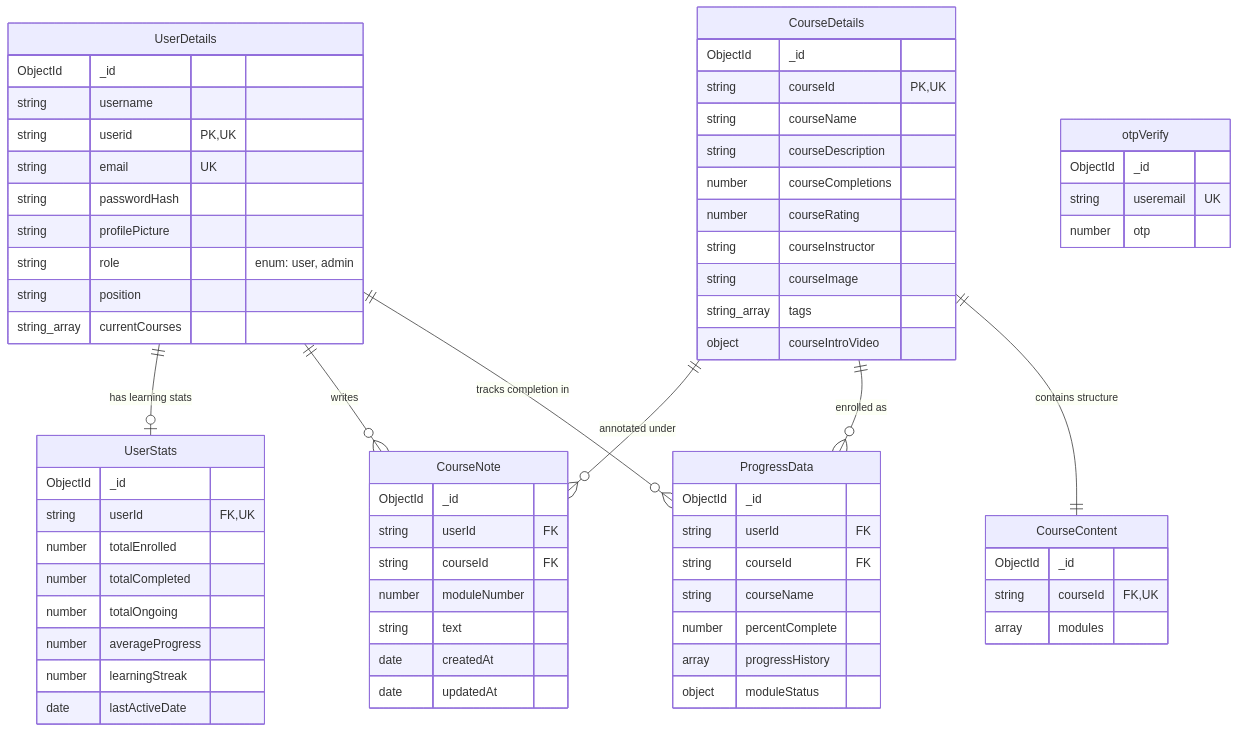
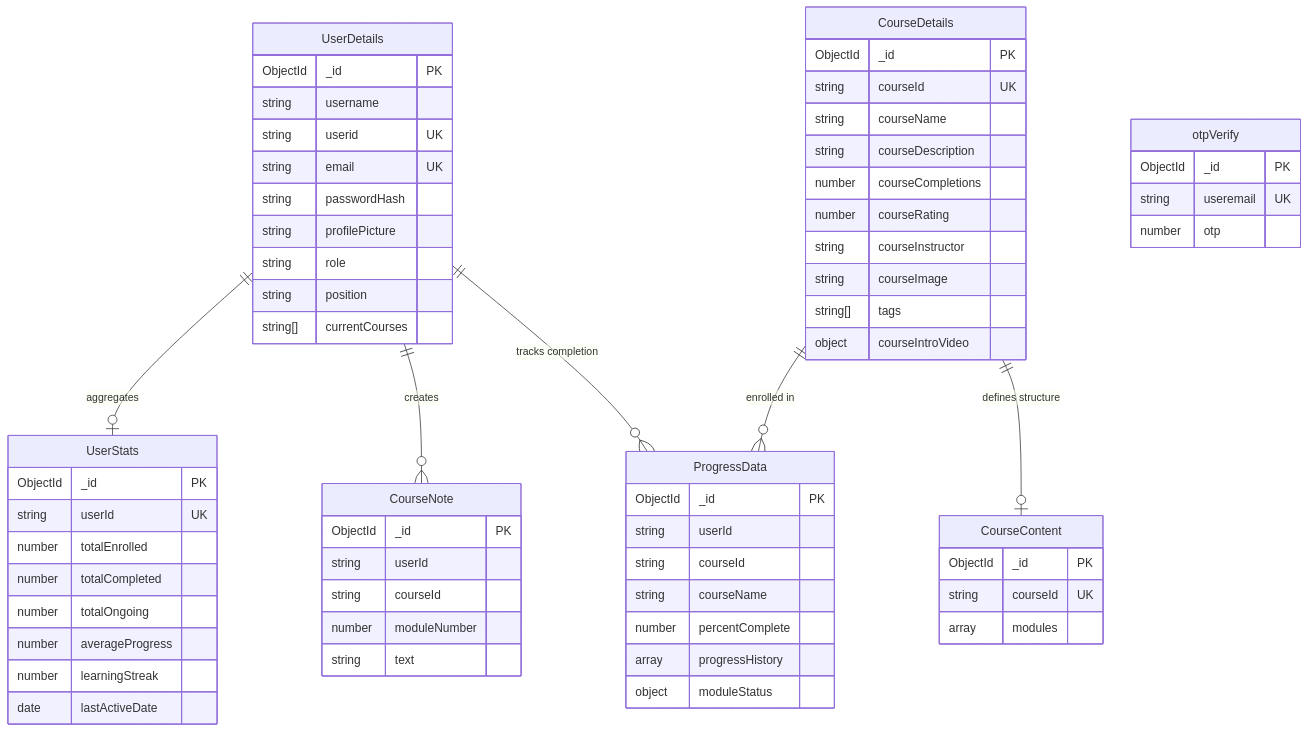
Before and after one commit to abdul8704/EduTrack: the second of 3 diagrams in architecture.md, drawn with Mermaid. The commit also changed other lines of this file, not shown here.

Commit message:
docs: add system architecture diagrams, database schema, and API documentation

````diff
--- a/architecture.md
+++ b/architecture.md
@@ -165,77 +116,74 @@
 ```mermaid
 erDiagram
-    UserDetails ||--o{ ProgressData : "tracks completion in"
-    UserDetails ||--o{ CourseNote : "writes"
-    UserDetails ||--o| UserStats : "has learning stats"
-    CourseDetails ||--|| CourseContent : "contains structure"
-    CourseDetails ||--o{ ProgressData : "enrolled as"
-    CourseDetails ||--o{ CourseNote : "annotated under"
-
     UserDetails {
-        ObjectId _id
+        ObjectId _id PK
         string username
-        string userid PK,UK
+        string userid UK
         string email UK
         string passwordHash
         string profilePicture
-        string role "enum: user, admin"
+        string role
         string position
-        string_array currentCourses
+        string[] currentCourses
     }
 
     CourseDetails {
-        ObjectId _id
-        string courseId PK,UK
+        ObjectId _id PK
+        string courseId UK
         string courseName
         string courseDescription
         number courseCompletions
         number courseRating
         string courseInstructor
         string courseImage
-        string_array tags
+        string[] tags
         object courseIntroVideo
     }
 
     CourseContent {
-        ObjectId _id
-        string courseId FK,UK
+        ObjectId _id PK
+        string courseId UK
         array modules
     }
 
     ProgressData {
-        ObjectId _id
-        string userId FK
-        string courseId FK
+        ObjectId _id PK
+        string userId
+        string courseId
         string courseName
         number percentComplete
         array progressHistory
         object moduleStatus
     }
 
     CourseNote {
-        ObjectId _id
-        string userId FK
-        string courseId FK
+        ObjectId _id PK
+        string userId
+        string courseId
         number moduleNumber
         string text
-        date createdAt
-        date updatedAt
     }
 
     UserStats {
-        ObjectId _id
-        string userId FK,UK
+        ObjectId _id PK
+        string userId UK
         number totalEnrolled
         number totalCompleted
         number totalOngoing
         number averageProgress
         number learningStreak
         date lastActiveDate
     }
 
     otpVerify {
-        ObjectId _id
+        ObjectId _id PK
         string useremail UK
         number otp
     }
+
+    UserDetails ||--o{ ProgressData : "tracks completion"
+    CourseDetails ||--o| CourseContent : "defines structure"
+    CourseDetails ||--o{ ProgressData : "enrolled in"
+    UserDetails ||--o{ CourseNote : "creates"
+    UserDetails ||--o| UserStats : "aggregates"
 ```
````
